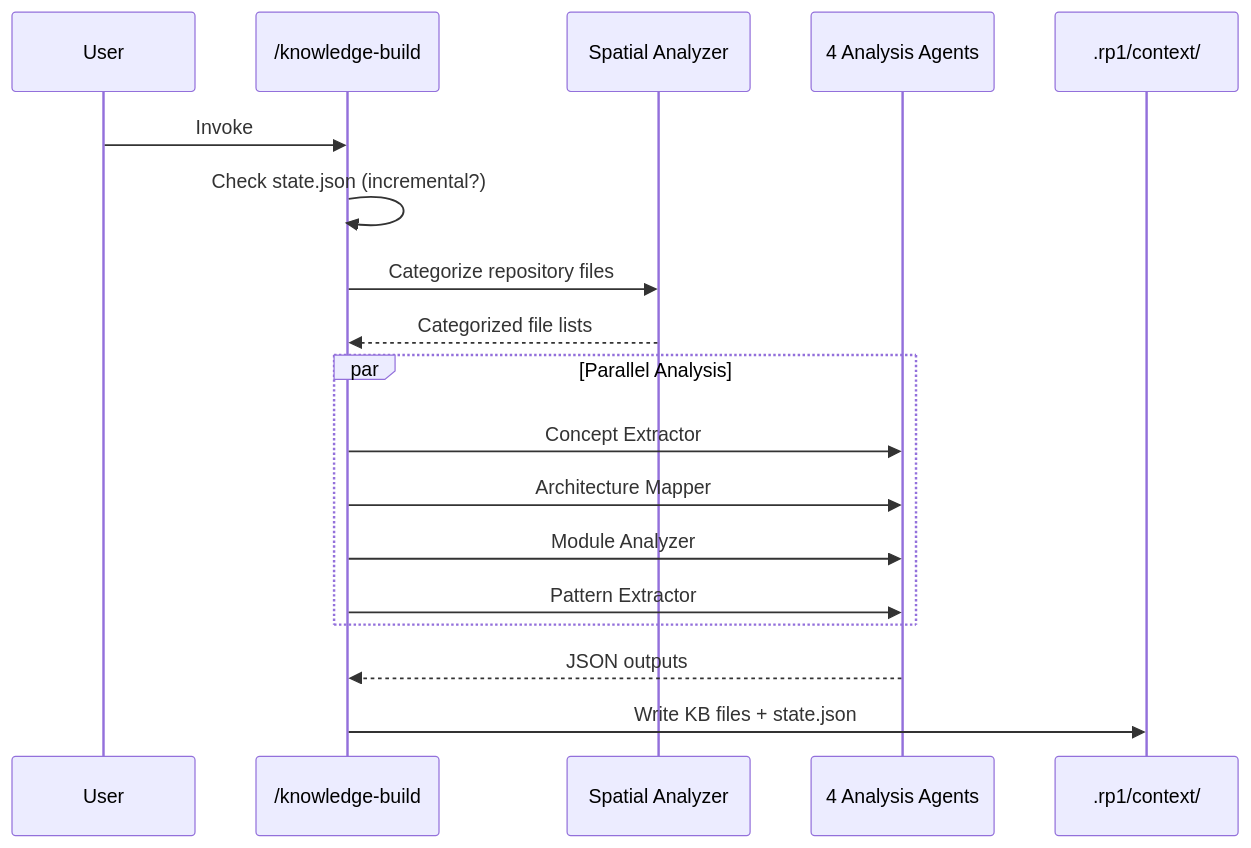
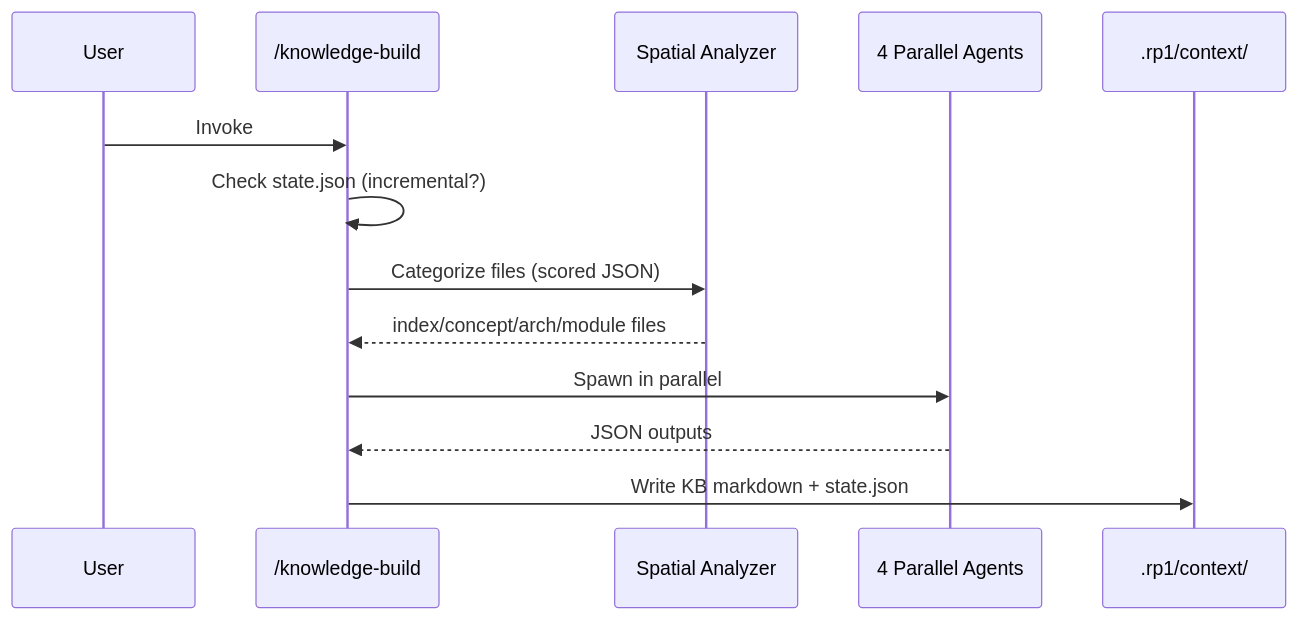
Before and after one commit to rp1-run/rp1: the second of 3 diagrams in .rp1/context/architecture.md, drawn with Mermaid. The commit also changed other lines of this file and 62 other files, not shown here.

````diff
--- a/.rp1/context/architecture.md
+++ b/.rp1/context/architecture.md
@@ -98,21 +99,16 @@
 ```mermaid
 sequenceDiagram
     participant User
     participant Orchestrator as /knowledge-build
-    participant SA as Spatial Analyzer
-    participant Agents as 4 Analysis Agents
+    participant Spatial as Spatial Analyzer
+    participant Agents as 4 Parallel Agents
     participant FS as .rp1/context/
 
     User->>Orchestrator: Invoke
     Orchestrator->>Orchestrator: Check state.json (incremental?)
-    Orchestrator->>SA: Categorize repository files
-    SA-->>Orchestrator: Categorized file lists
-    par Parallel Analysis
-        Orchestrator->>Agents: Concept Extractor
-        Orchestrator->>Agents: Architecture Mapper
-        Orchestrator->>Agents: Module Analyzer
-        Orchestrator->>Agents: Pattern Extractor
-    end
+    Orchestrator->>Spatial: Categorize files (scored JSON)
+    Spatial-->>Orchestrator: index/concept/arch/module files
+    Orchestrator->>Agents: Spawn in parallel
     Agents-->>Orchestrator: JSON outputs
-    Orchestrator->>FS: Write KB files + state.json
+    Orchestrator->>FS: Write KB markdown + state.json
 ```
````
